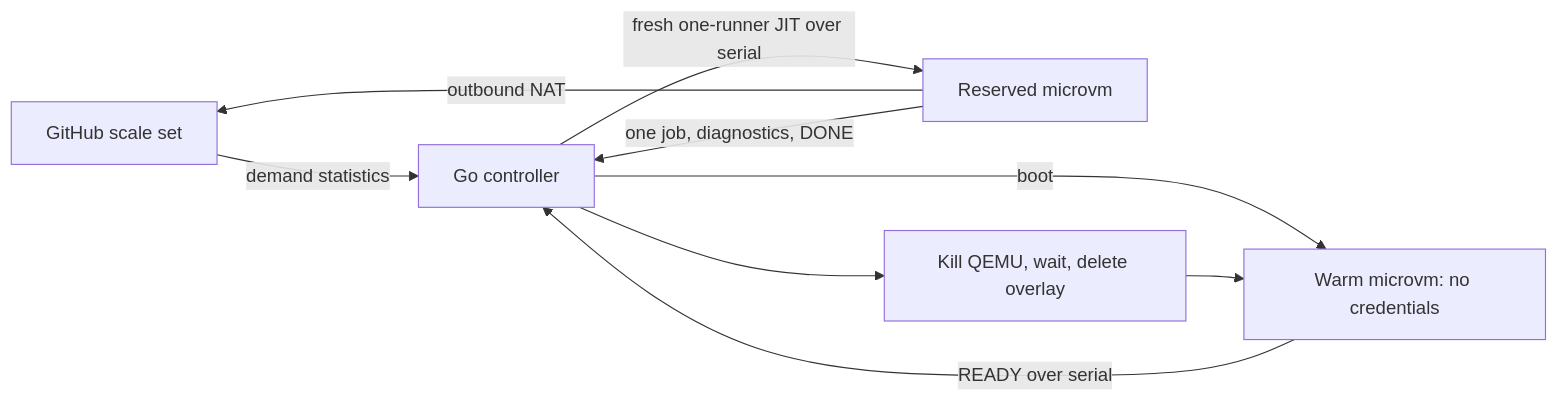
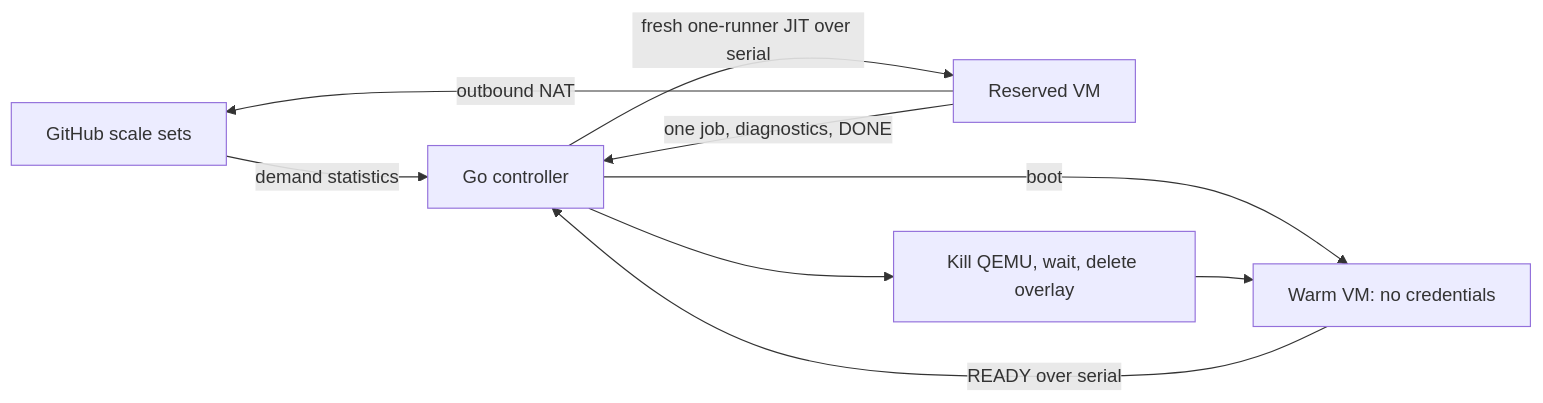
Before and after one commit to plover-digital/chickadee: the diagram in README.md, drawn with Mermaid. The commit also changed other lines of this file and 27 other files, not shown here.

````diff
--- a/README.md
+++ b/README.md
@@ -33,11 +34,11 @@
 ```mermaid
 flowchart LR
-  GH[GitHub scale set] -->|demand statistics| C[Go controller]
-  C -->|boot| W[Warm microvm: no credentials]
+  GH[GitHub scale sets] -->|demand statistics| C[Go controller]
+  C -->|boot| W[Warm VM: no credentials]
   W -->|READY over serial| C
-  C -->|fresh one-runner JIT over serial| R[Reserved microvm]
+  C -->|fresh one-runner JIT over serial| R[Reserved VM]
   R -->|outbound NAT| GH
   R -->|one job, diagnostics, DONE| C
   C --> D[Kill QEMU, wait, delete overlay]
   D --> W
 ```
````
